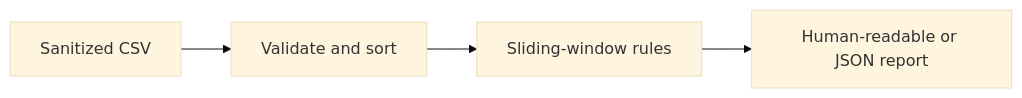
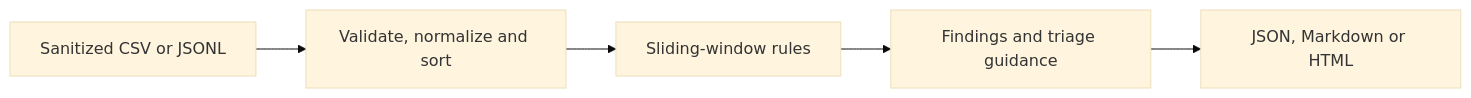
One commit to DynamicConstructor/security-log-analyzer changed the diagram in README.md. Above: the diagram before and after it, drawn with Mermaid (base theme). The commit also changed other lines of this file, not shown here.

````diff
--- a/README.md
+++ b/README.md
@@ -38,6 +43,7 @@
 ```mermaid
 flowchart LR
-  A[Sanitized CSV] --> B[Validate and sort]
+  A[Sanitized CSV or JSONL] --> B[Validate, normalize and sort]
   B --> C[Sliding-window rules]
-  C --> D[Human-readable or JSON report]
+  C --> D[Findings and triage guidance]
+  D --> E[JSON, Markdown or HTML]
 ```
````
